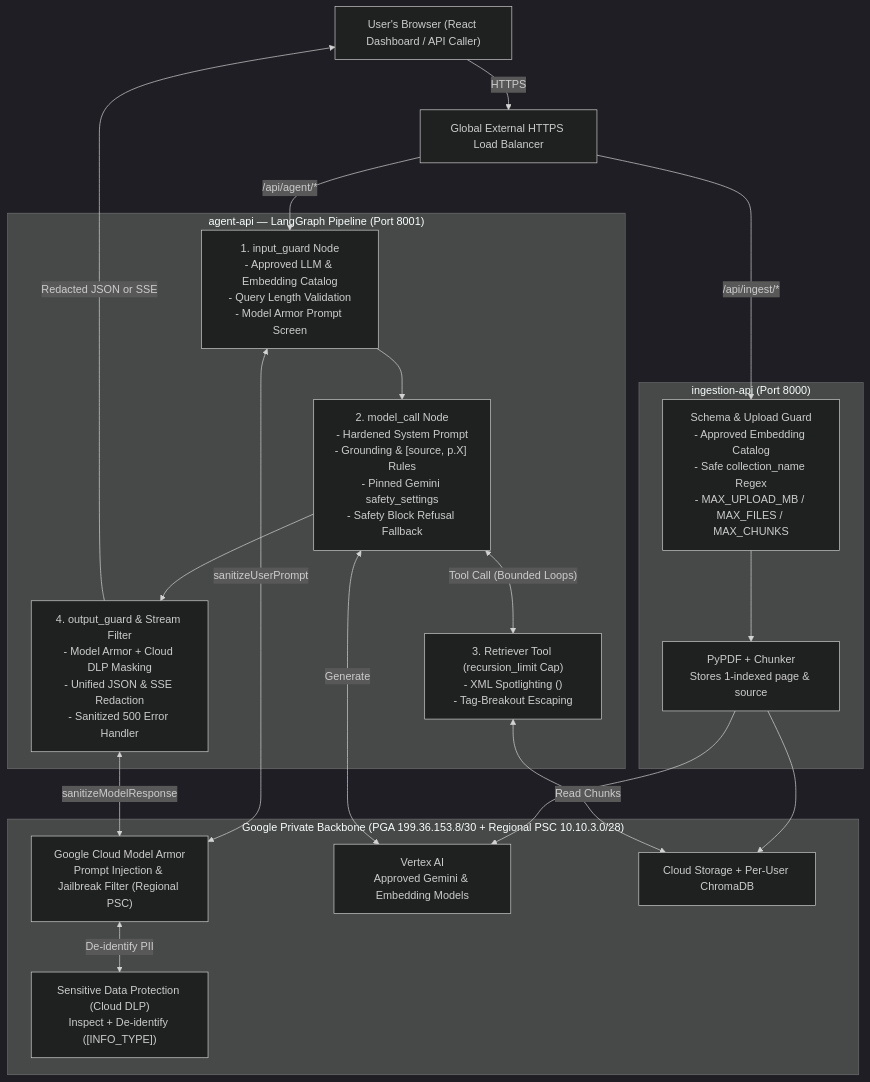
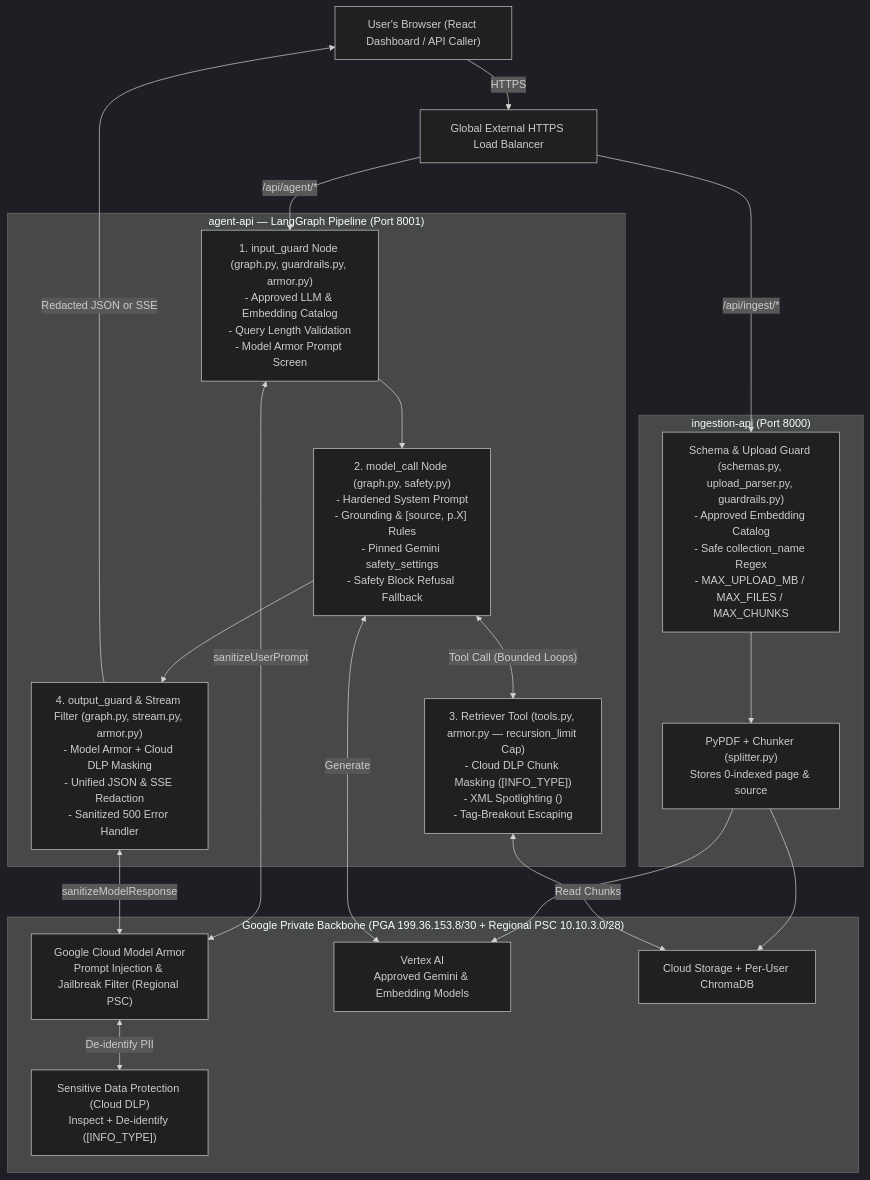
Before and after one commit to maggiemhanna/interactive_rag: the diagram in docs/AI_SECURITY_PLAN.md, drawn with Mermaid (dark theme). The commit also changed other lines of this file and 3 other files, not shown here.

Commit message:
docs: align architecture and compliance plans with modular src/ hierarchy

````diff
--- a/docs/AI_SECURITY_PLAN.md
+++ b/docs/AI_SECURITY_PLAN.md
@@ -23,41 +23,41 @@
 ```mermaid
 flowchart TB
     Browser["User's Browser (React Dashboard / API Caller)"]
     LB["Global External HTTPS Load Balancer"]
 
     subgraph IngestionService["ingestion-api (Port 8000)"]
-        IngestVal["Schema & Upload Guard\n- Approved Embedding Catalog\n- Safe collection_name Regex\n- MAX_UPLOAD_MB / MAX_FILES / MAX_CHUNKS"]
-        Splitter["PyPDF + Chunker\nStores 1-indexed page & source"]
+        IngestVal["Schema & Upload Guard (schemas.py, upload_parser.py, guardrails.py)\n- Approved Embedding Catalog\n- Safe collection_name Regex\n- MAX_UPLOAD_MB / MAX_FILES / MAX_CHUNKS"]
+        Splitter["PyPDF + Chunker (splitter.py)\nStores 0-indexed page & source"]
     end
 
     subgraph AgentService["agent-api — LangGraph Pipeline (Port 8001)"]
-        InGuard["1. input_guard Node\n- Approved LLM & Embedding Catalog\n- Query Length Validation\n- Model Armor Prompt Screen"]
-        ModelNode["2. model_call Node\n- Hardened System Prompt\n- Grounding & [source, p.X] Rules\n- Pinned Gemini safety_settings\n- Safety Block Refusal Fallback"]
-        ToolNode["3. Retriever Tool (recursion_limit Cap)\n- XML Spotlighting (<retrieved_chunk>)\n- Tag-Breakout Escaping"]
-        OutGuard["4. output_guard & Stream Filter\n- Model Armor + Cloud DLP Masking\n- Unified JSON & SSE Redaction\n- Sanitized 500 Error Handler"]
+        InGuard["1. input_guard Node (graph.py, guardrails.py, armor.py)\n- Approved LLM & Embedding Catalog\n- Query Length Validation\n- Model Armor Prompt Screen"]
+        ModelNode["2. model_call Node (graph.py, safety.py)\n- Hardened System Prompt\n- Grounding & [source, p.X] Rules\n- Pinned Gemini safety_settings\n- Safety Block Refusal Fallback"]
+        ToolNode["3. Retriever Tool (tools.py, armor.py — recursion_limit Cap)\n- Cloud DLP Chunk Masking ([INFO_TYPE])\n- XML Spotlighting (<retrieved_chunk>)\n- Tag-Breakout Escaping"]
+        OutGuard["4. output_guard & Stream Filter (graph.py, stream.py, armor.py)\n- Model Armor + Cloud DLP Masking\n- Unified JSON & SSE Redaction\n- Sanitized 500 Error Handler"]
     end
 
     subgraph GooglePrivateBackbone["Google Private Backbone (PGA 199.36.153.8/30 + Regional PSC 10.10.3.0/28)"]
         Armor["Google Cloud Model Armor\nPrompt Injection & Jailbreak Filter (Regional PSC)"]
         DLP["Sensitive Data Protection (Cloud DLP)\nInspect + De-identify ([INFO_TYPE])"]
         Vertex["Vertex AI\nApproved Gemini & Embedding Models"]
         GCS["Cloud Storage + Per-User ChromaDB"]
     end
 
     Browser -->|"HTTPS"| LB
     LB -->|"/api/ingest/*"| IngestVal
     IngestVal --> Splitter
     Splitter --> GCS
     Splitter --> Vertex
 
     LB -->|"/api/agent/*"| InGuard
     InGuard <-->|"sanitizeUserPrompt"| Armor
     InGuard --> ModelNode
     ModelNode <-->|"Tool Call (Bounded Loops)"| ToolNode
     ToolNode <-->|"Read Chunks"| GCS
     ModelNode <-->|"Generate"| Vertex
     ModelNode --> OutGuard
     OutGuard <-->|"sanitizeModelResponse"| Armor
     Armor <-->|"De-identify PII"| DLP
     OutGuard -->|"Redacted JSON or SSE"| Browser
 ```
````
